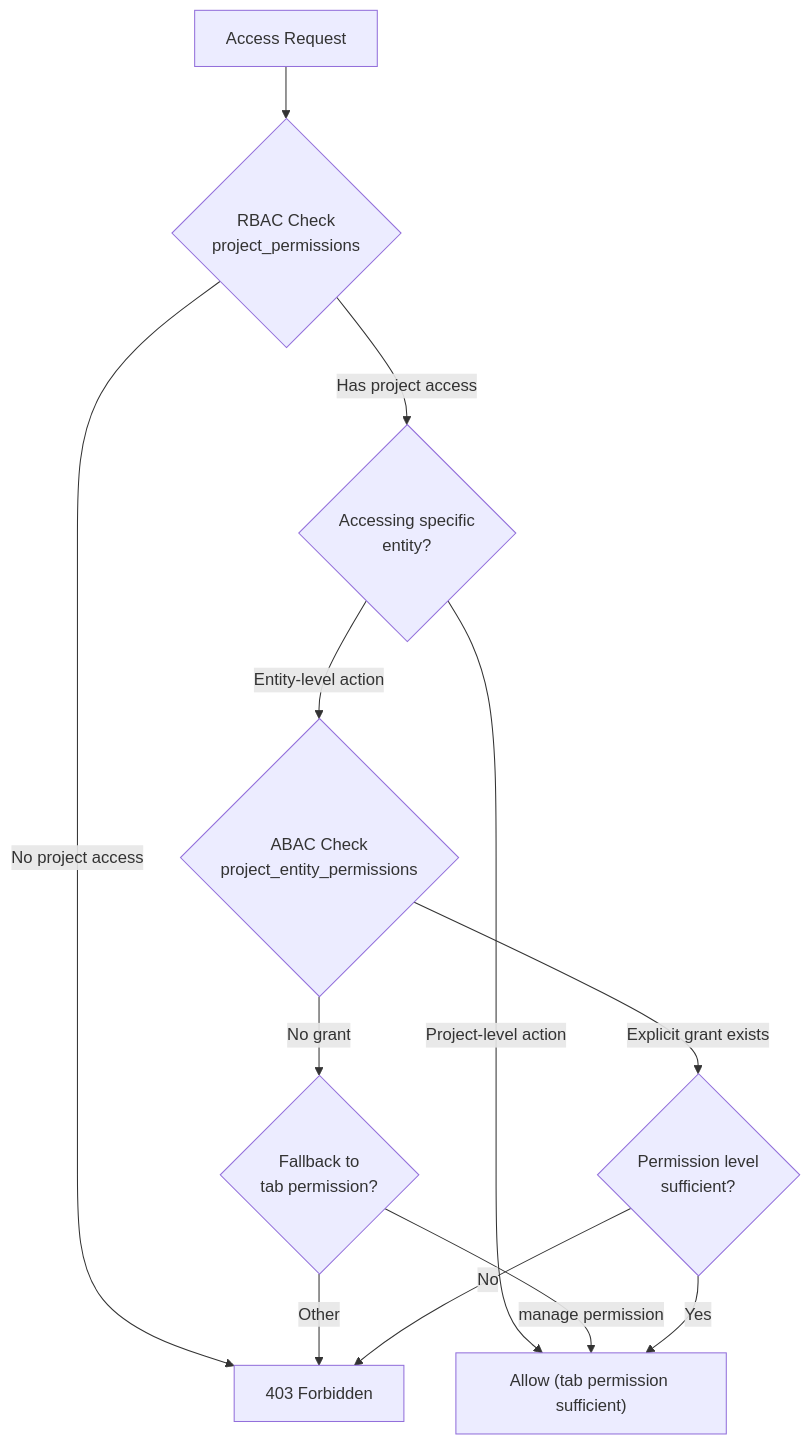
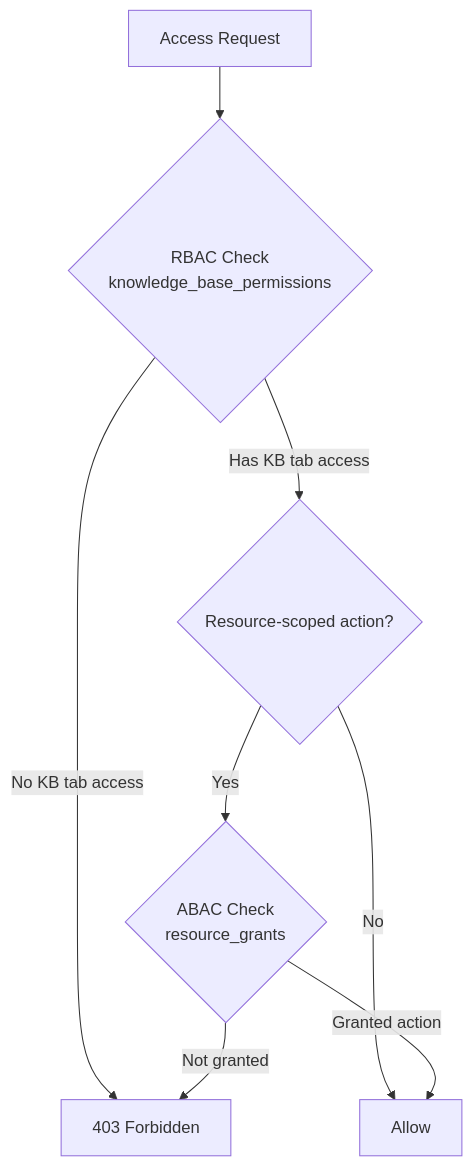
The second of 2 diagrams in docs/basic-design/database/database-design-projects.md (b-knowledge-solution/b-knowledge), drawn with Mermaid before and after one commit. The commit also changed other lines of this file and 48 other files, not shown here.

````diff
--- a/docs/basic-design/database/database-design-projects.md
+++ b/docs/basic-design/database/database-design-projects.md
@@ -233,14 +195,10 @@
 ```mermaid
 flowchart TD
-    req["Access Request"] --> rbac{"RBAC Check<br/>project_permissions"}
-    rbac -->|"No project access"| deny["403 Forbidden"]
-    rbac -->|"Has project access"| entity{"Accessing specific<br/>entity?"}
-    entity -->|"Project-level action"| allow["Allow (tab permission sufficient)"]
-    entity -->|"Entity-level action"| abac{"ABAC Check<br/>project_entity_permissions"}
-    abac -->|"Explicit grant exists"| check_level{"Permission level<br/>sufficient?"}
-    abac -->|"No grant"| fallback{"Fallback to<br/>tab permission?"}
-    fallback -->|"manage permission"| allow
-    fallback -->|"Other"| deny
-    check_level -->|"Yes"| allow
-    check_level -->|"No"| deny
+    req["Access Request"] --> rbac{"RBAC Check<br/>knowledge_base_permissions"}
+    rbac -->|"No KB tab access"| deny["403 Forbidden"]
+    rbac -->|"Has KB tab access"| entity{"Resource-scoped action?"}
+    entity -->|"No"| allow["Allow"]
+    entity -->|"Yes"| abac{"ABAC Check<br/>resource_grants"}
+    abac -->|"Granted action"| allow
+    abac -->|"Not granted"| deny
 ```
````
